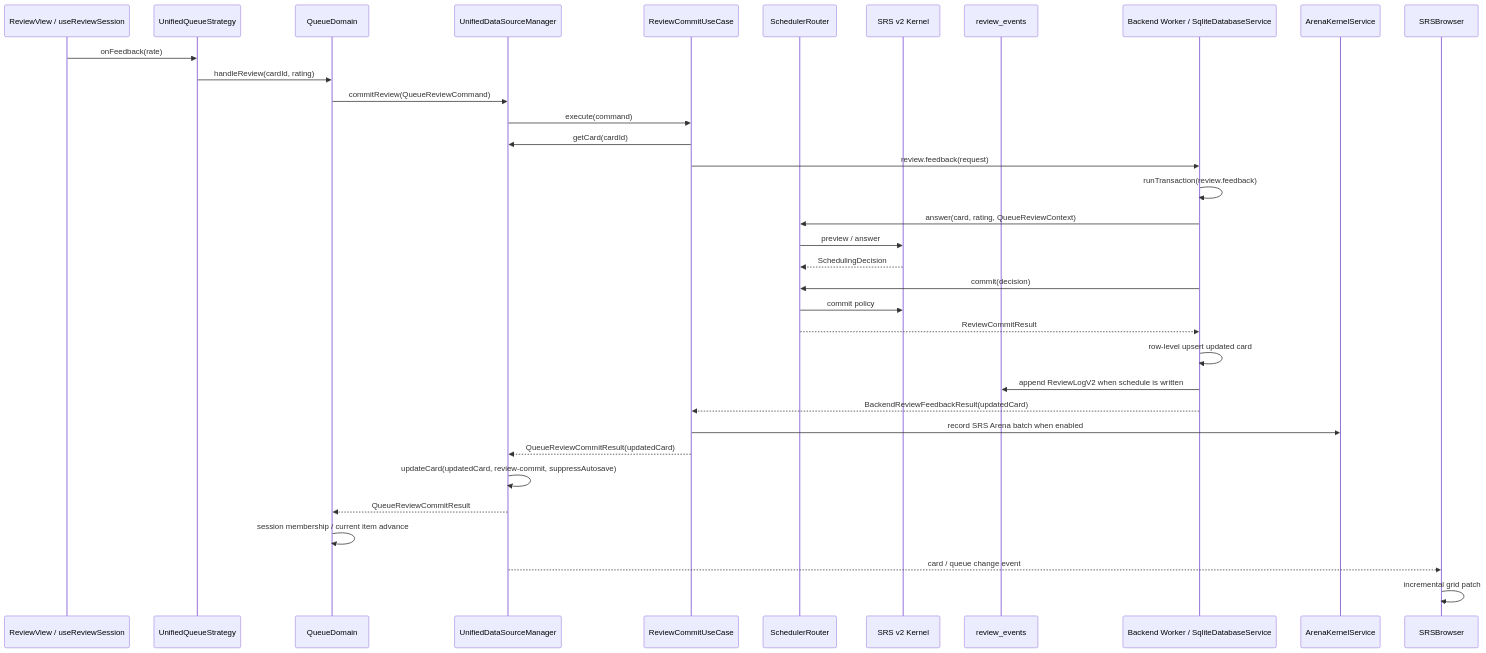
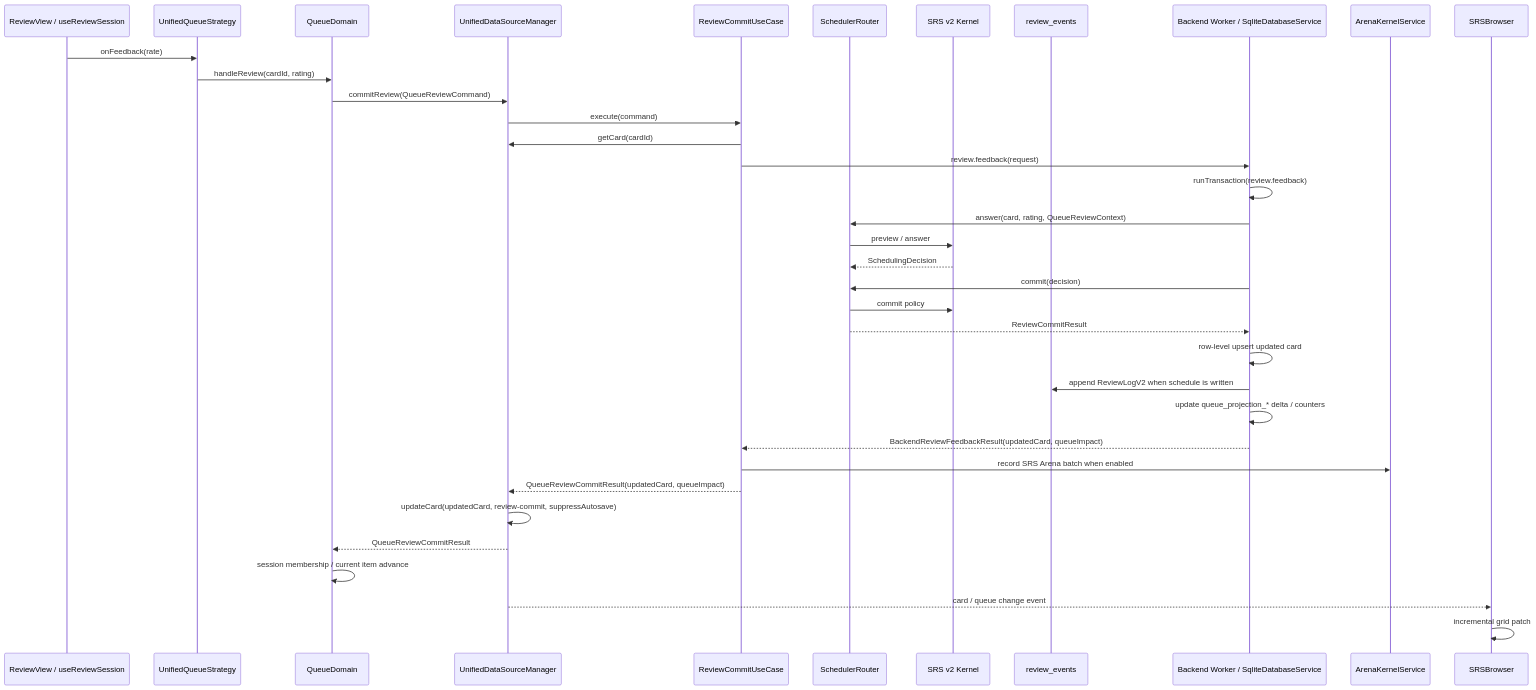
Before and after one commit to Dammyxy/siyuanmemoSRC: the second of 2 diagrams in ARCHITECTURE.md, drawn with Mermaid. The commit also changed other lines of this file and 21 other files, not shown here.

````diff
--- a/ARCHITECTURE.md
+++ b/ARCHITECTURE.md
@@ -198,38 +198,39 @@
 ```mermaid
 sequenceDiagram
   participant UI as ReviewView / useReviewSession
   participant QS as UnifiedQueueStrategy
   participant Q as QueueDomain
   participant UDSM as UnifiedDataSourceManager
   participant RCU as ReviewCommitUseCase
   participant SR as SchedulerRouter
   participant SRS as SRS v2 Kernel
   participant REV as review_events
   participant BE as Backend Worker / SqliteDatabaseService
   participant AR as ArenaKernelService
   participant B as SRSBrowser
 
   UI->>QS: onFeedback(rate)
   QS->>Q: handleReview(cardId, rating)
   Q->>UDSM: commitReview(QueueReviewCommand)
   UDSM->>RCU: execute(command)
   RCU->>UDSM: getCard(cardId)
   RCU->>BE: review.feedback(request)
   BE->>BE: runTransaction(review.feedback)
   BE->>SR: answer(card, rating, QueueReviewContext)
   SR->>SRS: preview / answer
   SRS-->>SR: SchedulingDecision
   BE->>SR: commit(decision)
   SR->>SRS: commit policy
   SR-->>BE: ReviewCommitResult
   BE->>BE: row-level upsert updated card
   BE->>REV: append ReviewLogV2 when schedule is written
-  BE-->>RCU: BackendReviewFeedbackResult(updatedCard)
+  BE->>BE: update queue_projection_* delta / counters
+  BE-->>RCU: BackendReviewFeedbackResult(updatedCard, queueImpact)
   RCU->>AR: record SRS Arena batch when enabled
-  RCU-->>UDSM: QueueReviewCommitResult(updatedCard)
+  RCU-->>UDSM: QueueReviewCommitResult(updatedCard, queueImpact)
   UDSM->>UDSM: updateCard(updatedCard, review-commit, suppressAutosave)
   UDSM-->>Q: QueueReviewCommitResult
   Q->>Q: session membership / current item advance
   UDSM-->>B: card / queue change event
   B->>B: incremental grid patch
 ```
````
